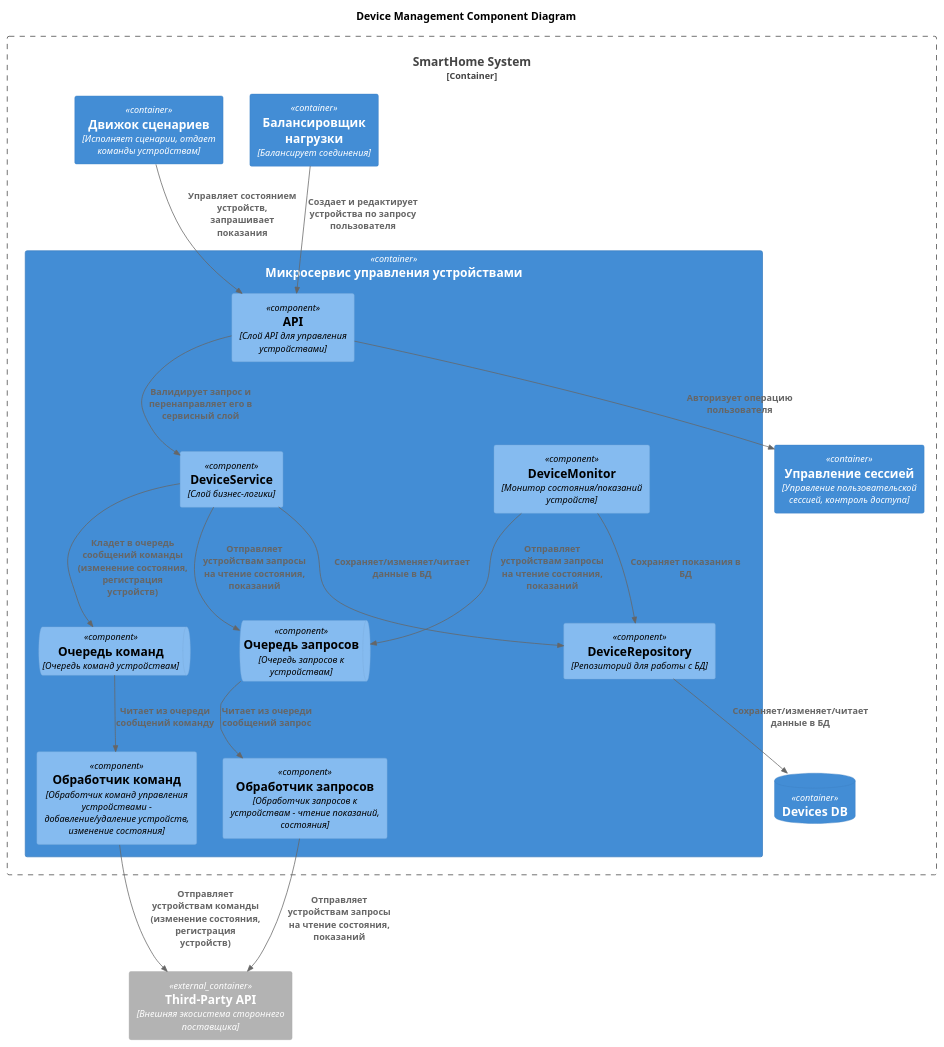
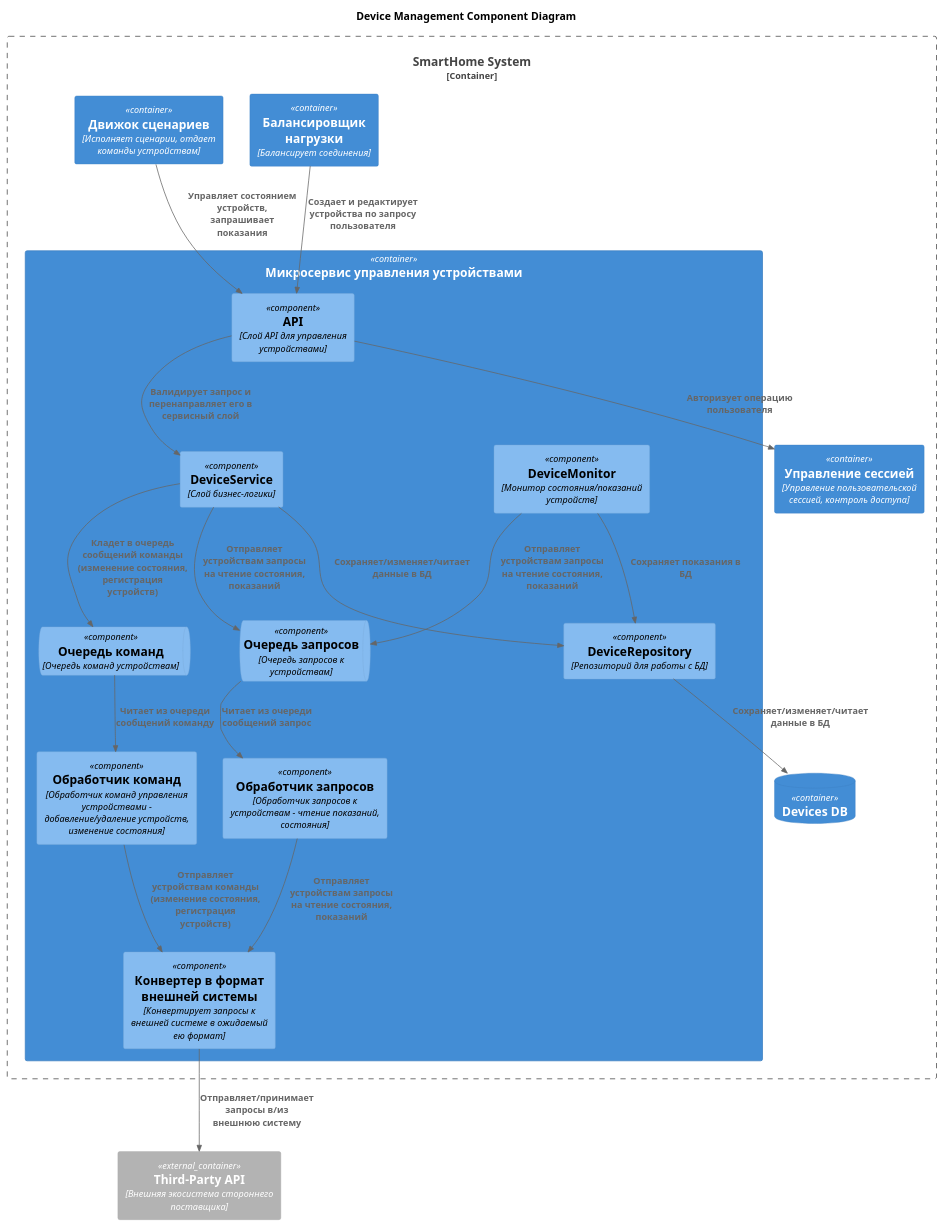
One commit to aputintsev/architecture-warmhouse changed the diagram in docs/plantuml/Components_DeviceManagement.puml. Above: the diagram before and after it, drawn with PlantUML. The commit also changed 10 other files, not shown here.

```diff
--- a/docs/plantuml/Components_DeviceManagement.puml
+++ b/docs/plantuml/Components_DeviceManagement.puml
@@ -1,43 +1,45 @@
 @startuml
 title Device Management Component Diagram
 
 top to bottom direction
 
 !include <C4/C4_Component>
 
 Container_Boundary(smartHomeSystem, "SmartHome System") {
     Container(loadBalancer, "Балансировщик нагрузки", "Балансирует соединения")
     Container(scenarioEngine, "Движок сценариев", "Исполняет сценарии, отдает команды устройствам")
     Container(sessionManagement, "Управление сессией", "Управление пользовательской сессией, контроль доступа")
     Container(deviceManagement, "Микросервис управления устройствами")
     ContainerDb(devicesDb, "Devices DB")
 }
 Container_Ext(externalApi, "Third-Party API", "Внешняя экосистема стороннего поставщика")
 
 Container(deviceManagement, "Микросервис управления устройствами") {
     Component(apiLayer, "API", "Слой API для управления устройствами")
     Component(serviceLayer, "DeviceService", "Слой бизнес-логики")
     Component(deviceMonitor, "DeviceMonitor", "Монитор состояния/показаний устройств")
     ComponentQueue(commandQueue, "Очередь команд", "Очередь команд устройствам")
     ComponentQueue(queryQueue, "Очередь запросов", "Очередь запросов к устройствам")
     Component(commandProcessor, "Обработчик команд", "Обработчик команд управления устройствами - добавление/удаление устройств, изменение состояния")
     Component(queryProcessor, "Обработчик запросов", "Обработчик запросов к устройствам - чтение показаний, состояния")
+    Component(thirdPartyApiConverter, "Конвертер в формат внешней системы", "Конвертирует запросы к внешней системе в ожидаемый ею формат")
     Component(deviceRepository, "DeviceRepository", "Репозиторий для работы с БД")
 }
 
 Rel(loadBalancer, apiLayer, "Создает и редактирует устройства по запросу пользователя")
 Rel(scenarioEngine, apiLayer, "Управляет состоянием устройств, запрашивает показания")
 Rel(apiLayer, sessionManagement, "Авторизует операцию пользователя")
 Rel(apiLayer, serviceLayer, "Валидирует запрос и перенаправляет его в сервисный слой")
 Rel(serviceLayer, deviceRepository, "Сохраняет/изменяет/читает данные в БД")
 Rel(deviceRepository, devicesDb, "Сохраняет/изменяет/читает данные в БД")
 Rel(serviceLayer, commandQueue, "Кладет в очередь сообщений команды (изменение состояния, регистрация устройств)")
 Rel(serviceLayer, queryQueue, "Отправляет устройствам запросы на чтение состояния, показаний")
 Rel(deviceMonitor, queryQueue, "Отправляет устройствам запросы на чтение состояния, показаний")
 Rel(deviceMonitor, deviceRepository, "Сохраняет показания в БД")
 Rel(commandQueue, commandProcessor, "Читает из очереди сообщений команду")
 Rel(queryQueue, queryProcessor, "Читает из очереди сообщений запрос")
-Rel(commandProcessor, externalApi, "Отправляет устройствам команды (изменение состояния, регистрация устройств)")
-Rel(queryProcessor, externalApi, "Отправляет устройствам запросы на чтение состояния, показаний")
+Rel(commandProcessor, thirdPartyApiConverter, "Отправляет устройствам команды (изменение состояния, регистрация устройств)")
+Rel(queryProcessor, thirdPartyApiConverter, "Отправляет устройствам запросы на чтение состояния, показаний")
+Rel(thirdPartyApiConverter, externalApi, "Отправляет/принимает запросы в/из внешнюю систему")
 
 @enduml
```
